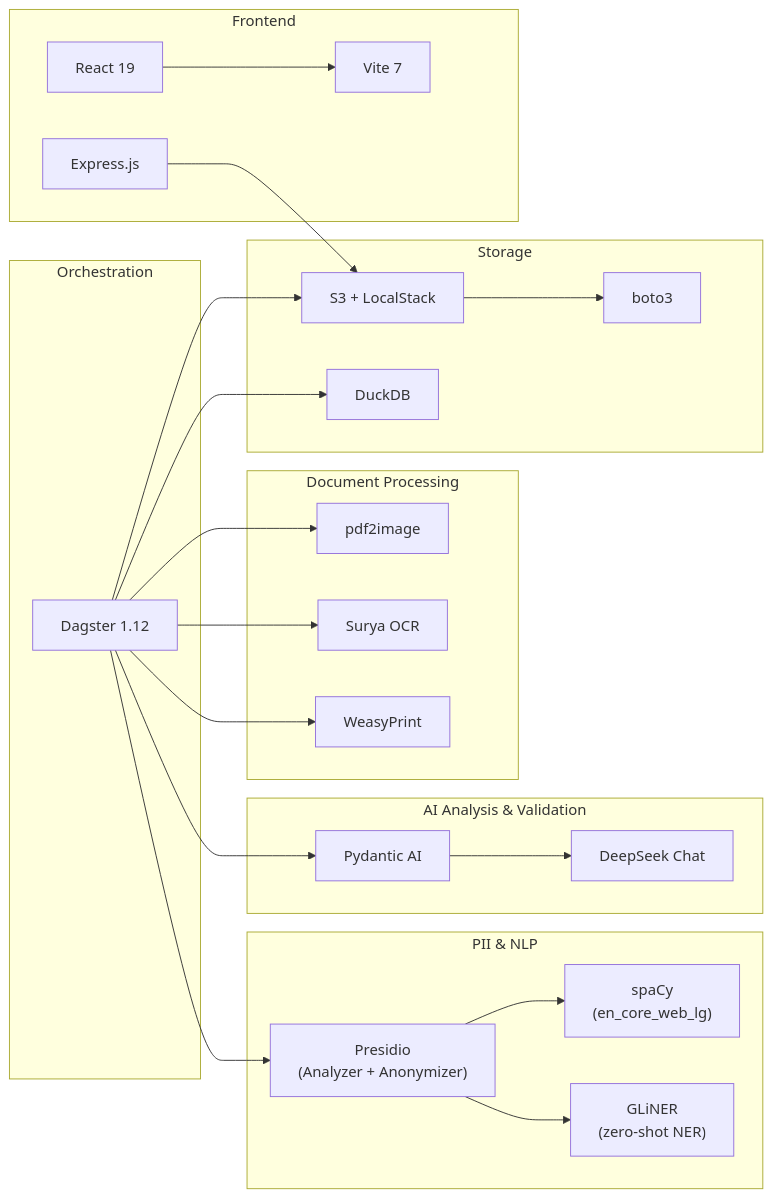
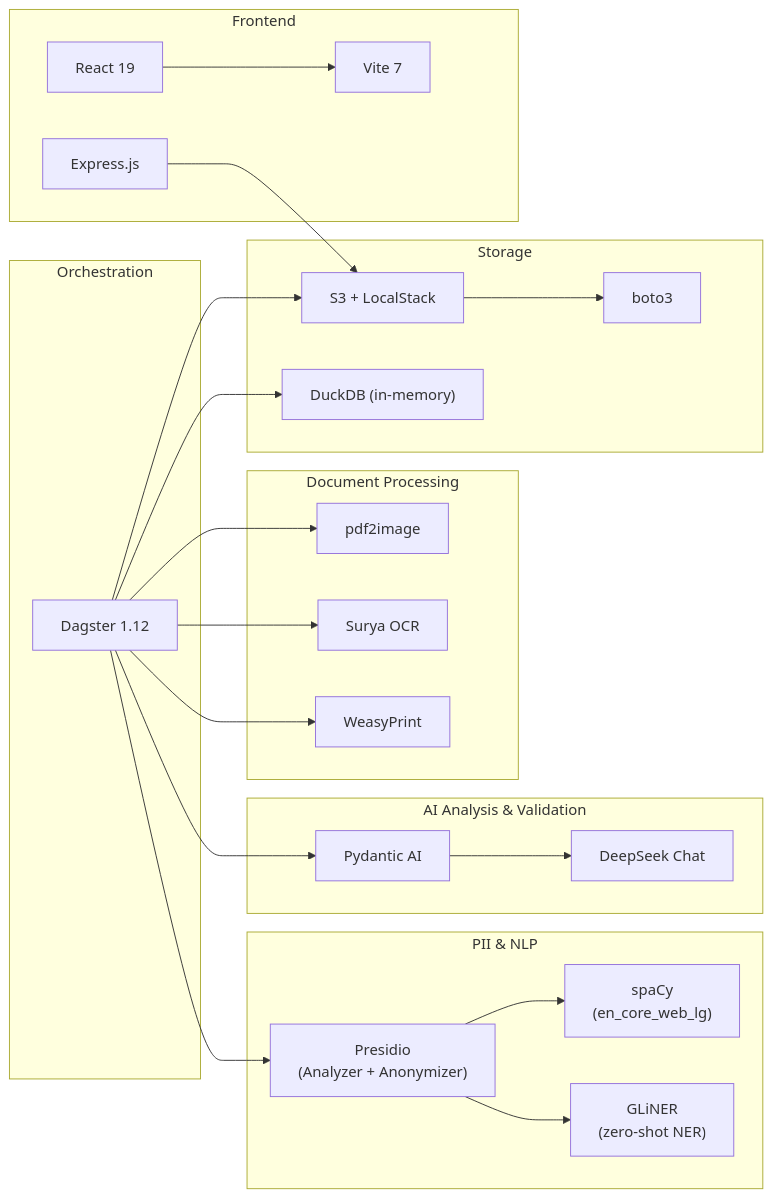
One commit to danielpodrazka/dagster-document-intelligence changed the ninth of 9 diagrams in README.md. Above: the diagram before and after it, drawn with Mermaid. The commit also changed other lines of this file and 7 other files, not shown here.

````diff
--- a/README.md
+++ b/README.md
@@ -467,49 +467,49 @@
 ```mermaid
 graph LR
     subgraph Orchestration
         Dagster["Dagster 1.12"]
     end
 
     subgraph Document["Document Processing"]
         pdf2image["pdf2image"]
         Surya["Surya OCR"]
         WeasyPrint["WeasyPrint"]
     end
 
     subgraph NLP["PII & NLP"]
         Presidio["Presidio<br/>(Analyzer + Anonymizer)"]
         spaCy["spaCy<br/>(en_core_web_lg)"]
         GLiNER["GLiNER<br/>(zero-shot NER)"]
     end
 
     subgraph AI["AI Analysis & Validation"]
         PydanticAI["Pydantic AI"]
         DeepSeek["DeepSeek Chat"]
     end
 
     subgraph Storage["Storage"]
         S3["S3 + LocalStack"]
         boto3["boto3"]
-        DuckDB["DuckDB"]
+        DuckDB["DuckDB (in-memory)"]
     end
 
     subgraph Frontend["Frontend"]
         React["React 19"]
         Vite["Vite 7"]
         Express["Express.js"]
     end
 
     Dagster --> pdf2image
     Dagster --> Surya
     Dagster --> Presidio
     Presidio --> spaCy
     Presidio --> GLiNER
     Dagster --> PydanticAI
     PydanticAI --> DeepSeek
     Dagster --> WeasyPrint
     Dagster --> S3
     Dagster --> DuckDB
     S3 --> boto3
     React --> Vite
     Express --> S3
 ```
````
